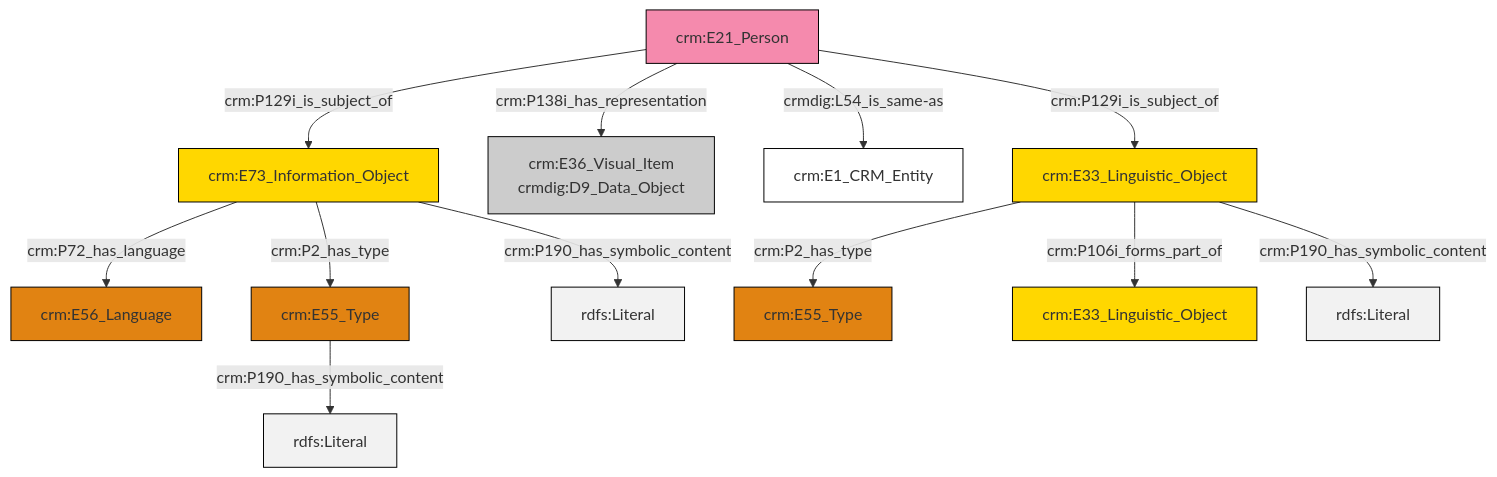
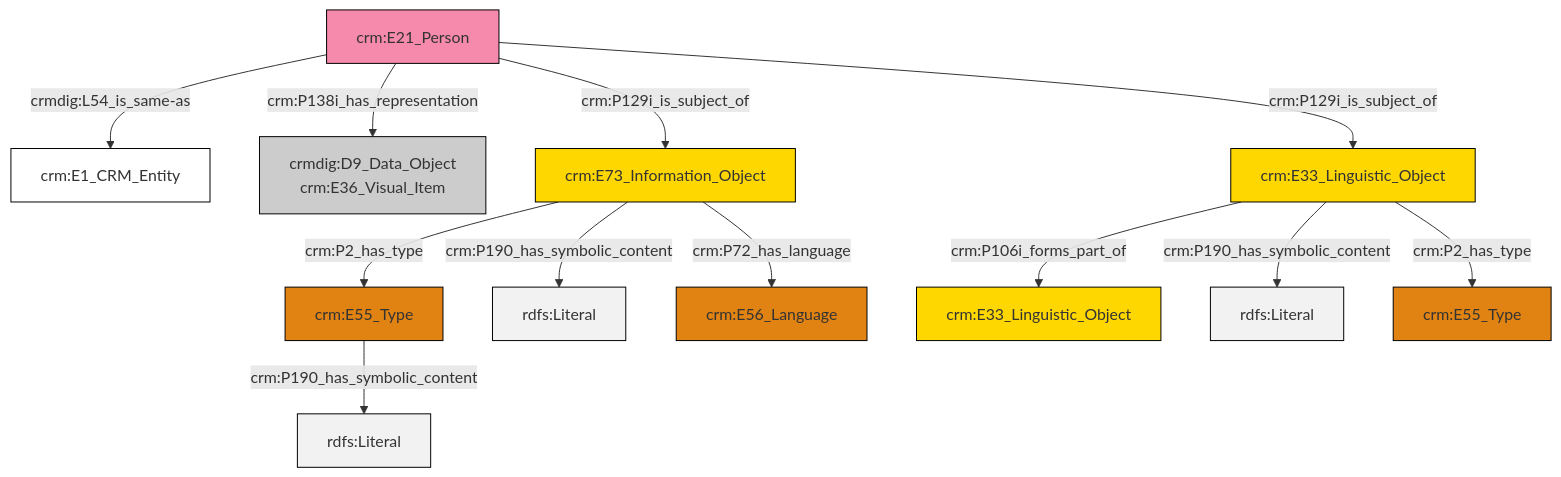
The diagram in et/personCSV/ttl/mmd/Person_Documentation.ttl.mmd (swiss-art-research-net/reference-data-models), drawn with Mermaid before and after one commit. The commit also changed 128 other files, not shown here.

```diff
--- a/et/personCSV/ttl/mmd/Person_Documentation.ttl.mmd
+++ b/et/personCSV/ttl/mmd/Person_Documentation.ttl.mmd
@@ -1,26 +1,26 @@
 graph TD
 classDef Literal fill:#f2f2f2,stroke:#000000;
 classDef CRM_Entity fill:#FFFFFF,stroke:#000000;
 classDef Temporal_Entity fill:#00C9E6, stroke:#000000;
 classDef Type fill:#E18312, stroke:#000000;
 classDef Time-Span fill:#2C9C91, stroke:#000000;
 classDef Appellation fill:#FFEB7F, stroke:#000000;
 classDef Place fill:#008836, stroke:#000000;
 classDef Persistent_Item fill:#B266B2, stroke:#000000;
 classDef Conceptual_Object fill:#FFD700, stroke:#000000;
 classDef Physical_Thing fill:#D2B48C, stroke:#000000;
 classDef Actor fill:#f58aad, stroke:#000000;
 classDef PC_Classes fill:#4ce600, stroke:#000000;
 classDef Multi fill:#cccccc,stroke:#000000;
 
-2["crm:E55_Type"]:::Type -->|crm:P190_has_symbolic_content| 3[rdfs:Literal]:::Literal
-4["crm:E21_Person"]:::Actor -->|crm:P129i_is_subject_of| 5["crm:E73_Information_Object"]:::Conceptual_Object
-4["crm:E21_Person"]:::Actor -->|crm:P138i_has_representation| 6["crm:E36_Visual_Item<br>crmdig:D9_Data_Object"]:::Multi
-4["crm:E21_Person"]:::Actor -->|crmdig:L54_is_same-as| 7["crm:E1_CRM_Entity"]:::CRM_Entity
-5["crm:E73_Information_Object"]:::Conceptual_Object -->|crm:P72_has_language| 0["crm:E56_Language"]:::Type
-5["crm:E73_Information_Object"]:::Conceptual_Object -->|crm:P190_has_symbolic_content| 9[rdfs:Literal]:::Literal
-14["crm:E33_Linguistic_Object"]:::Conceptual_Object -->|crm:P2_has_type| 10["crm:E55_Type"]:::Type
-4["crm:E21_Person"]:::Actor -->|crm:P129i_is_subject_of| 14["crm:E33_Linguistic_Object"]:::Conceptual_Object
-14["crm:E33_Linguistic_Object"]:::Conceptual_Object -->|crm:P190_has_symbolic_content| 20[rdfs:Literal]:::Literal
-5["crm:E73_Information_Object"]:::Conceptual_Object -->|crm:P2_has_type| 2["crm:E55_Type"]:::Type
-14["crm:E33_Linguistic_Object"]:::Conceptual_Object -->|crm:P106i_forms_part_of| 16["crm:E33_Linguistic_Object"]:::Conceptual_Object
+0["crm:E33_Linguistic_Object"]:::Conceptual_Object -->|crm:P106i_forms_part_of| 1["crm:E33_Linguistic_Object"]:::Conceptual_Object
+0["crm:E33_Linguistic_Object"]:::Conceptual_Object -->|crm:P190_has_symbolic_content| 2[rdfs:Literal]:::Literal
+5["crm:E21_Person"]:::Actor -->|crmdig:L54_is_same-as| 6["crm:E1_CRM_Entity"]:::CRM_Entity
+9["crm:E73_Information_Object"]:::Conceptual_Object -->|crm:P2_has_type| 10["crm:E55_Type"]:::Type
+10["crm:E55_Type"]:::Type -->|crm:P190_has_symbolic_content| 15[rdfs:Literal]:::Literal
+9["crm:E73_Information_Object"]:::Conceptual_Object -->|crm:P190_has_symbolic_content| 16[rdfs:Literal]:::Literal
+9["crm:E73_Information_Object"]:::Conceptual_Object -->|crm:P72_has_language| 17["crm:E56_Language"]:::Type
+5["crm:E21_Person"]:::Actor -->|crm:P138i_has_representation| 3["crmdig:D9_Data_Object<br>crm:E36_Visual_Item"]:::Multi
+5["crm:E21_Person"]:::Actor -->|crm:P129i_is_subject_of| 9["crm:E73_Information_Object"]:::Conceptual_Object
+5["crm:E21_Person"]:::Actor -->|crm:P129i_is_subject_of| 0["crm:E33_Linguistic_Object"]:::Conceptual_Object
+0["crm:E33_Linguistic_Object"]:::Conceptual_Object -->|crm:P2_has_type| 12["crm:E55_Type"]:::Type
```
